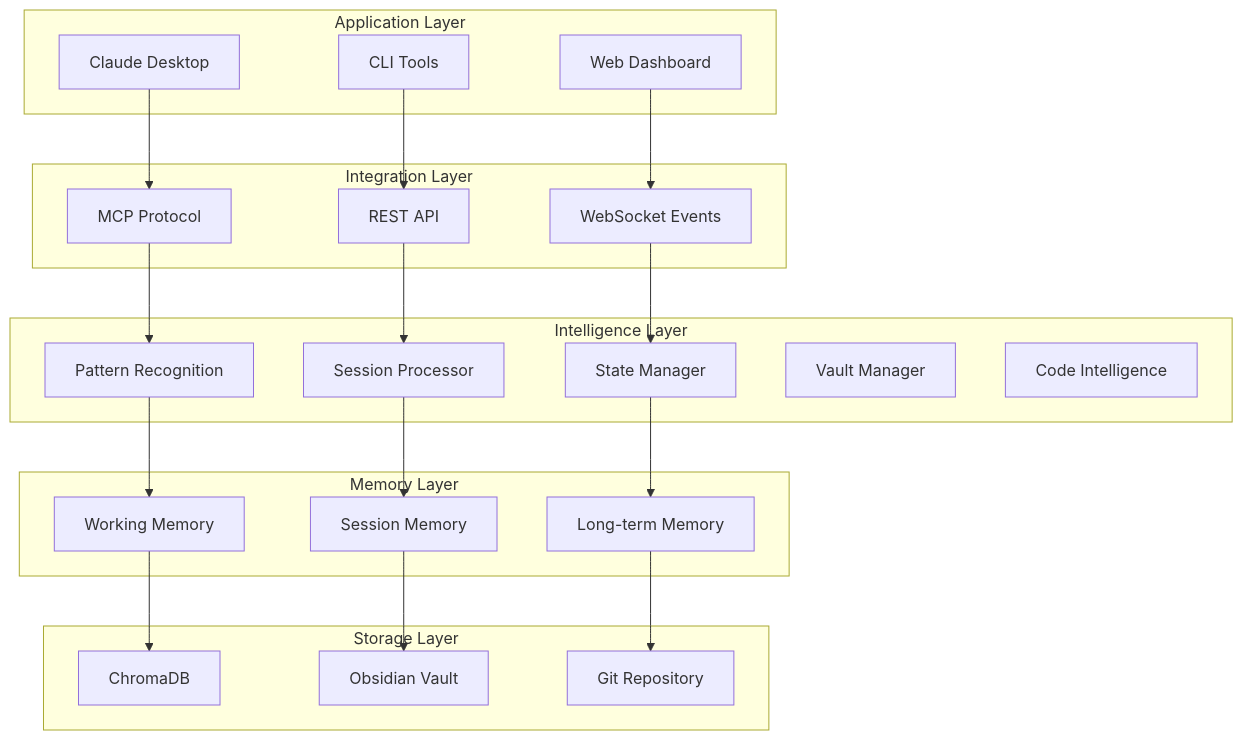
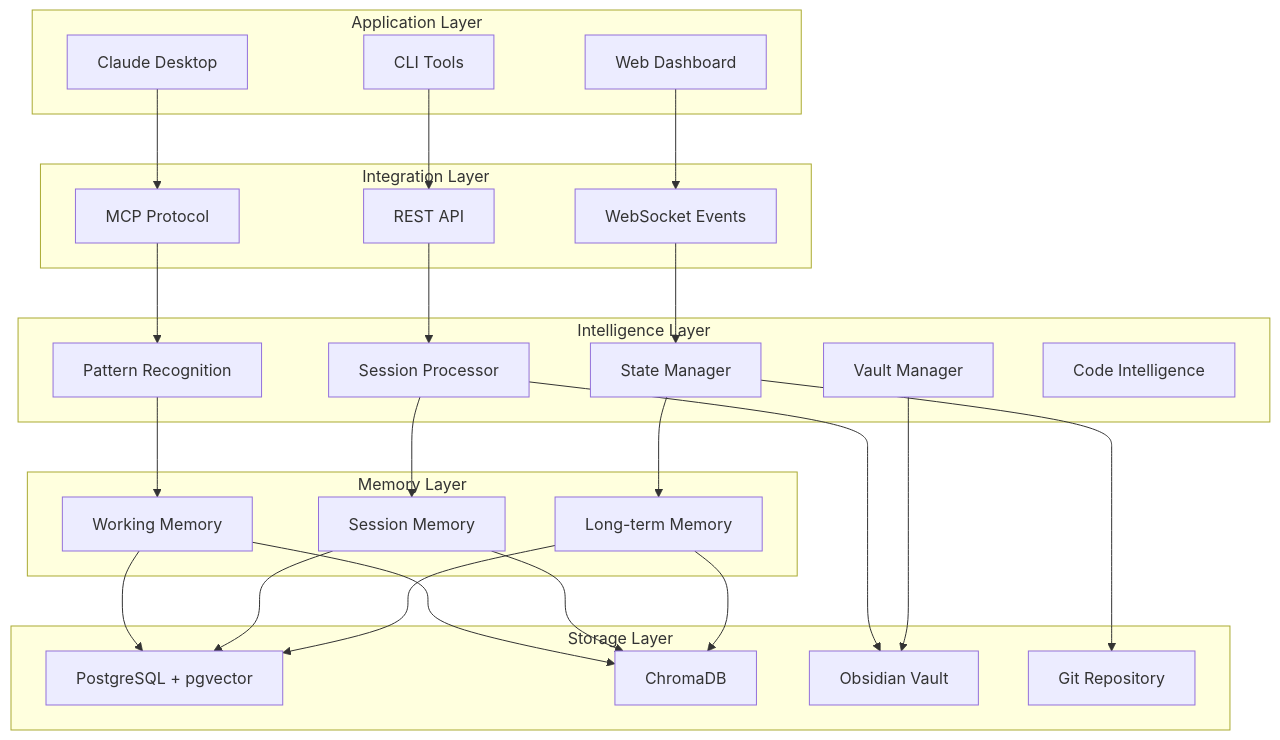
One commit to stevenjjobson/mcp-chromadb-memory changed the diagram in README.md. Above: the diagram before and after it, drawn with Mermaid. The commit also changed other lines of this file and 16 other files, not shown here.

````diff
--- a/README.md
+++ b/README.md
@@ -556,47 +593,54 @@
 ```mermaid
 graph TD
     subgraph "Application Layer"
         A1[Claude Desktop]
         A2[CLI Tools]
         A3[Web Dashboard]
     end
     
     subgraph "Integration Layer"
         B1[MCP Protocol]
         B2[REST API]
         B3[WebSocket Events]
     end
     
     subgraph "Intelligence Layer"
         C1[Pattern Recognition]
         C2[Session Processor]
         C3[State Manager]
         C4[Vault Manager]
         C5[Code Intelligence]
     end
     
     subgraph "Memory Layer"
         D1[Working Memory]
         D2[Session Memory]
         D3[Long-term Memory]
     end
     
     subgraph "Storage Layer"
-        E1[ChromaDB]
-        E2[Obsidian Vault]
-        E3[Git Repository]
+        E1[PostgreSQL + pgvector]
+        E2[ChromaDB]
+        E3[Obsidian Vault]
+        E4[Git Repository]
     end
     
     A1 --> B1
     A2 --> B2
     A3 --> B3
     B1 --> C1
     B2 --> C2
     B3 --> C3
     C1 --> D1
     C2 --> D2
     C3 --> D3
     D1 --> E1
+    D1 --> E2
+    D2 --> E1
     D2 --> E2
-    D3 --> E3
+    D3 --> E1
+    D3 --> E2
+    C2 --> E3
+    C4 --> E3
+    C3 --> E4
 ```
````
